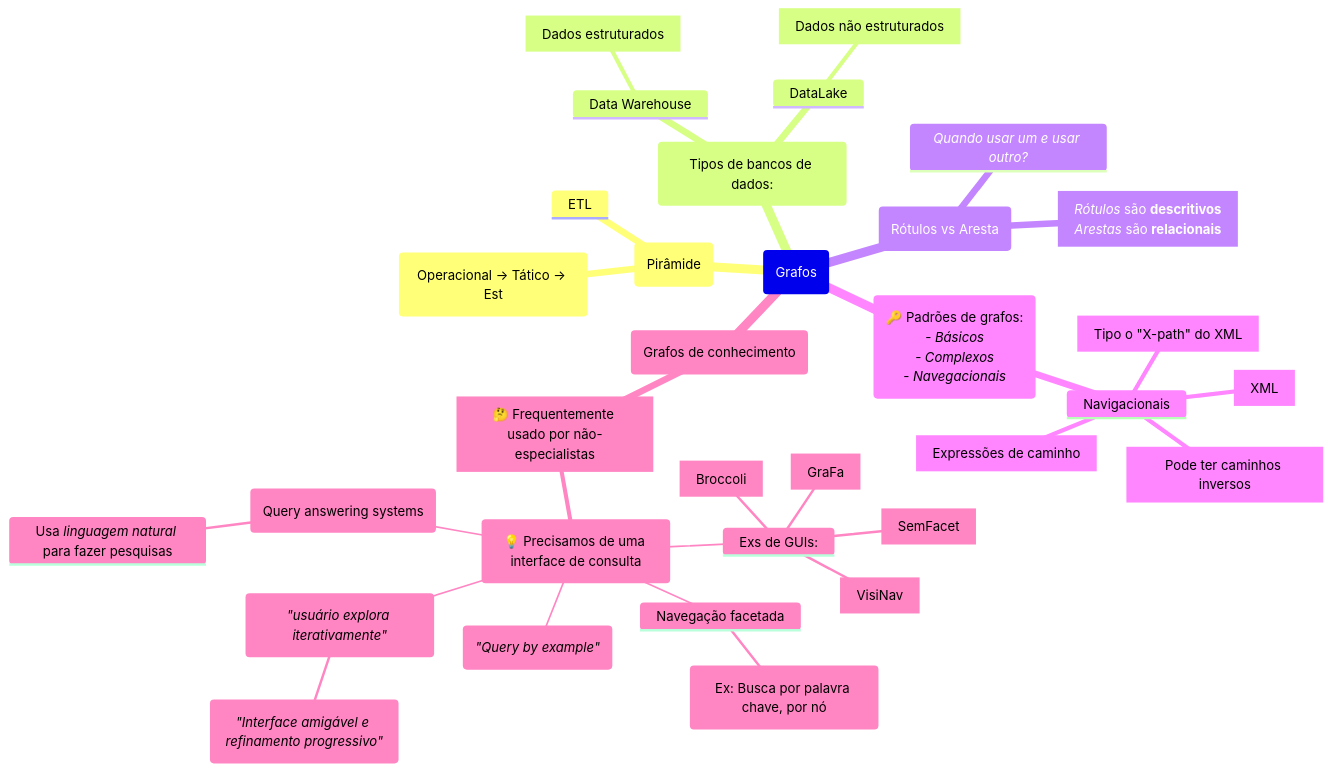
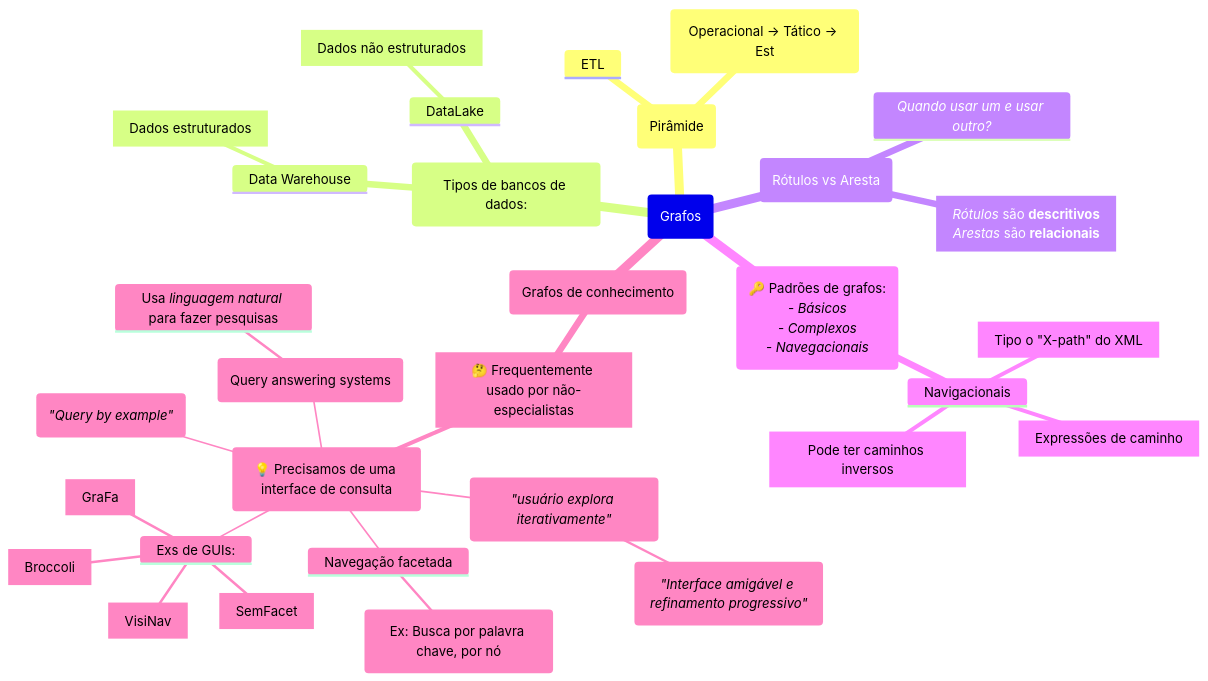
The diagram in Mestrado/Segundo Semestre/SIN5033 - Grafos de conhecimento e Ontologias/Anotações/De Aulas/Aula do dia 2026 04 08.md (Igorino/joplin-notes), drawn with Mermaid before and after one commit.

Commit message:
Exported on 2026-04-08_16-18-51

````diff
--- a/Mestrado/Segundo Semestre/SIN5033 - Grafos de conhecimento e Ontologias/Anotações/De Aulas/Aula do dia 2026 04 08.md
+++ b/Mestrado/Segundo Semestre/SIN5033 - Grafos de conhecimento e Ontologias/Anotações/De Aulas/Aula do dia 2026 04 08.md
@@ -1,47 +1,46 @@
 ```mermaid
 mindmap
 	Root(Grafos)
 		(Pirâmide)
 			("Operacional -> Tático -> Est")
 			ETL
 
 		(Tipos de bancos de dados:)		
 			DataLake
 				[Dados não estruturados]
 			Data Warehouse
 				[Dados estruturados]
 
 		(Rótulos vs Aresta)
 			*Quando usar um e usar outro?*
 			[*Rótulos* são **descritivos**
 			*Arestas* são **relacionais**]
 
 		(🔑 Padrões de grafos:
 		*- Básicos*
 		*- Complexos*
 		*- Navegacionais*)
 			
 			Navigacionais
-				[XML]
 				[Tipo o "X-path" do XML]
 				["Expressões de caminho"]
 				[Pode ter caminhos inversos]
 
 		(Grafos de conhecimento)
 			[🤔 Frequentemente usado por não-especialistas]
 				(💡 Precisamos de uma interface de consulta)
 					Navegação facetada
 						(Ex: Busca por palavra chave, por nó)
 					(*"usuário explora iterativamente"*) 
 						(*"Interface amigável e refinamento progressivo"*)
 					(*"Query by example"*)
 					Exs de GUIs:
 						[Broccoli]
 						[VisiNav]
 						[SemFacet]
 						[GraFa]
 					(Query answering systems)
 						Usa *linguagem natural* para fazer pesquisas
 
 			
 ```
````
